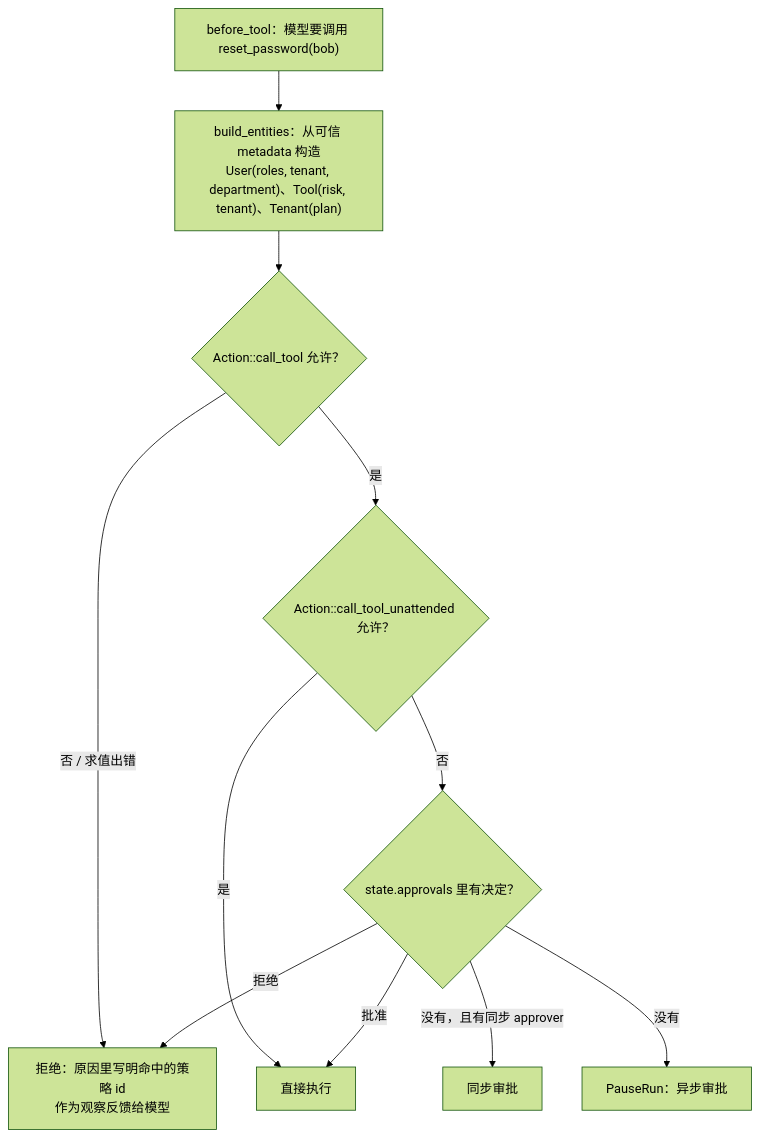
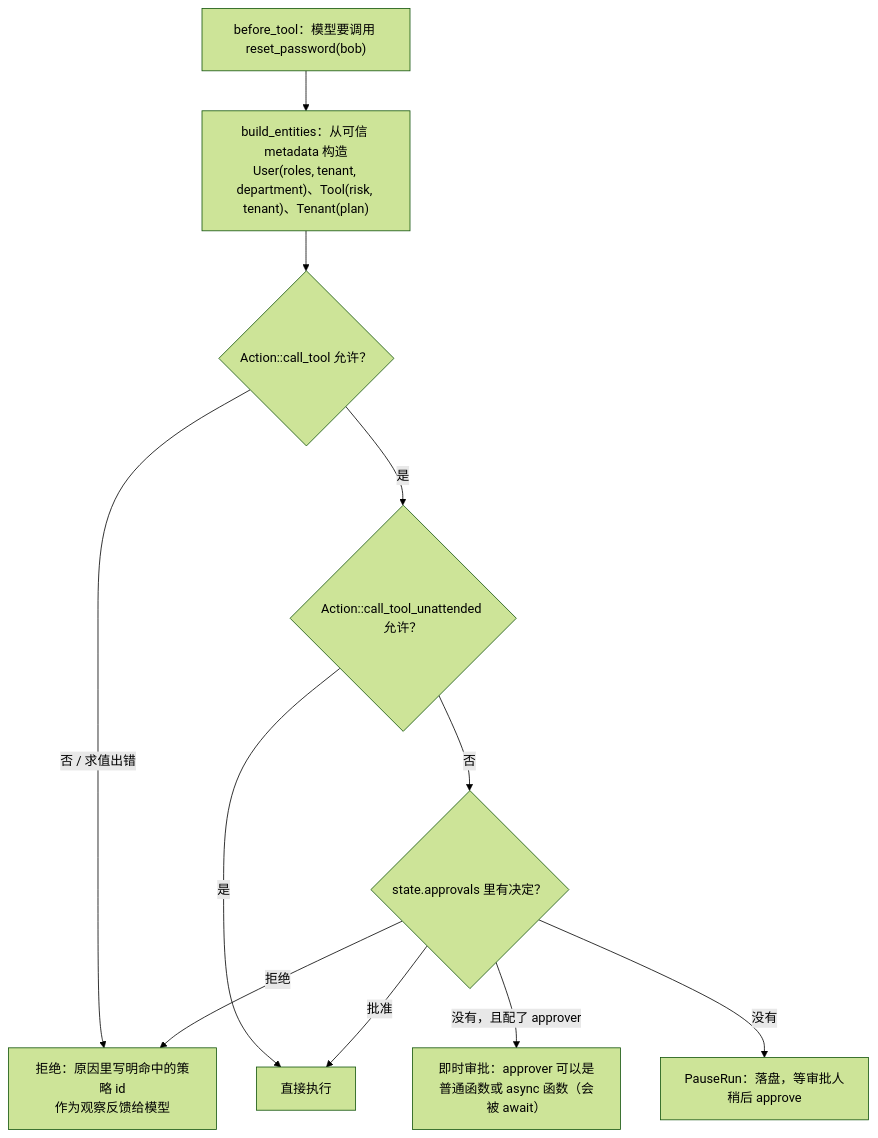
One commit to heaven999b/hello-agent-system changed the second of 2 diagrams in lessons/29_gateway_and_guardrails/README.md. Above: the diagram before and after it, drawn with Mermaid (forest theme). The commit also changed other lines of this file and 9 other files, not shown here.

````diff
--- a/lessons/29_gateway_and_guardrails/README.md
+++ b/lessons/29_gateway_and_guardrails/README.md
@@ -115,13 +113,13 @@
 ```mermaid
 flowchart TB
     S["before_tool：模型要调用 reset_password(bob)"] --> E["build_entities：从可信 metadata 构造<br/>User(roles, tenant, department)、Tool(risk, tenant)、Tenant(plan)"]
     E --> C1{"Action::call_tool 允许？"}
     C1 -->|"否 / 求值出错"| D["拒绝：原因里写明命中的策略 id<br/>作为观察反馈给模型"]
     C1 -->|"是"| C2{"Action::call_tool_unattended 允许？"}
     C2 -->|"是"| X["直接执行"]
     C2 -->|"否"| AP{"state.approvals 里有决定？"}
-    AP -->|"没有，且有同步 approver"| SY["同步审批"]
-    AP -->|"没有"| PR["PauseRun：异步审批"]
+    AP -->|"没有，且配了 approver"| SY["即时审批：approver 可以是普通函数或 async 函数（会被 await）"]
+    AP -->|"没有"| PR["PauseRun：落盘，等审批人稍后 approve"]
     AP -->|"批准"| X
     AP -->|"拒绝"| D
 ```
````
